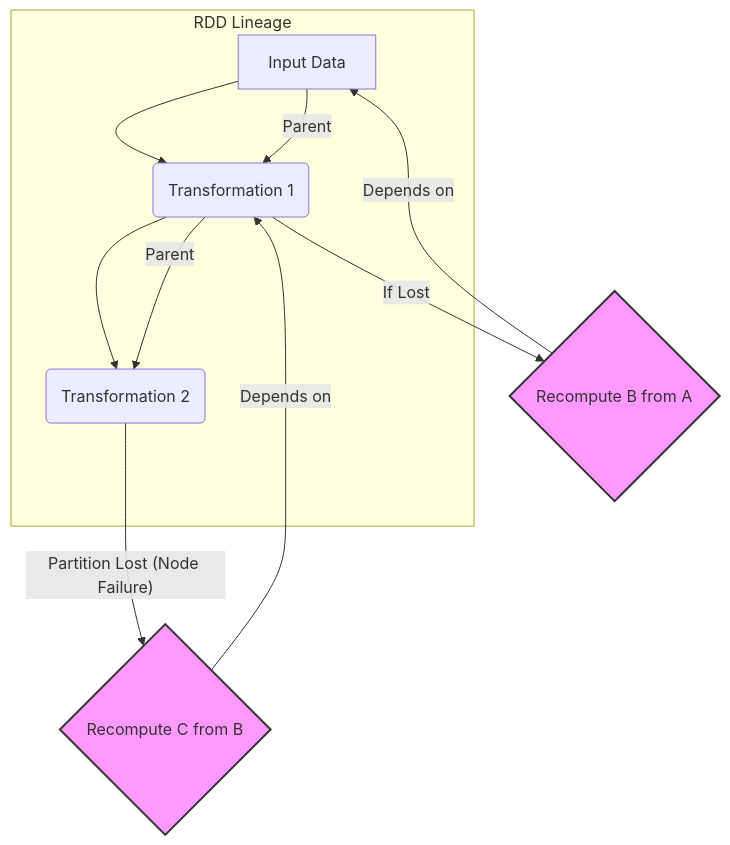
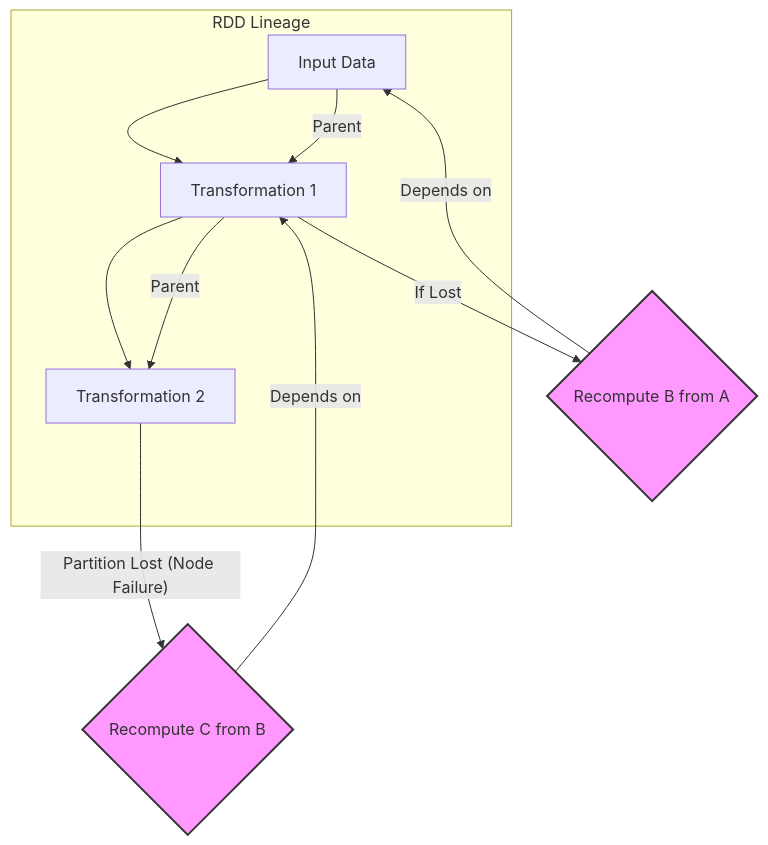
Before and after one commit to gravitys169/pages: the second of 6 diagrams in AI_BOOK/大数据引擎内核：原理、设计与实现/02_Common_Design_Challenges.md, drawn with Mermaid. The commit also changed other lines of this file and 8 other files, not shown here.

````diff
--- a/AI_BOOK/大数据引擎内核：原理、设计与实现/02_Common_Design_Challenges.md
+++ b/AI_BOOK/大数据引擎内核：原理、设计与实现/02_Common_Design_Challenges.md
@@ -85,16 +85,16 @@
 ```mermaid
 graph TD
-    A[Input Data] --> B(Transformation 1)
-    B --> C(Transformation 2)
+    A["Input Data"] --> B["Transformation 1"]
+    B --> C["Transformation 2"]
     subgraph "RDD Lineage"
-        A -- Parent --> B
-        B -- Parent --> C
+        A -- "Parent" --> B
+        B -- "Parent" --> C
     end
-    C -- "Partition Lost (Node Failure)" --> R{Recompute C from B}
+    C -- "Partition Lost (Node Failure)" --> R{"Recompute C from B"}
     R -- "Depends on" --> B
-    B -- "If Lost" --> R_B{Recompute B from A}
+    B -- "If Lost" --> R_B{"Recompute B from A"}
     R_B -- "Depends on" --> A
 
     style R fill:#f9f,stroke:#333,stroke-width:2px
     style R_B fill:#f9f,stroke:#333,stroke-width:2px
 ```
````
